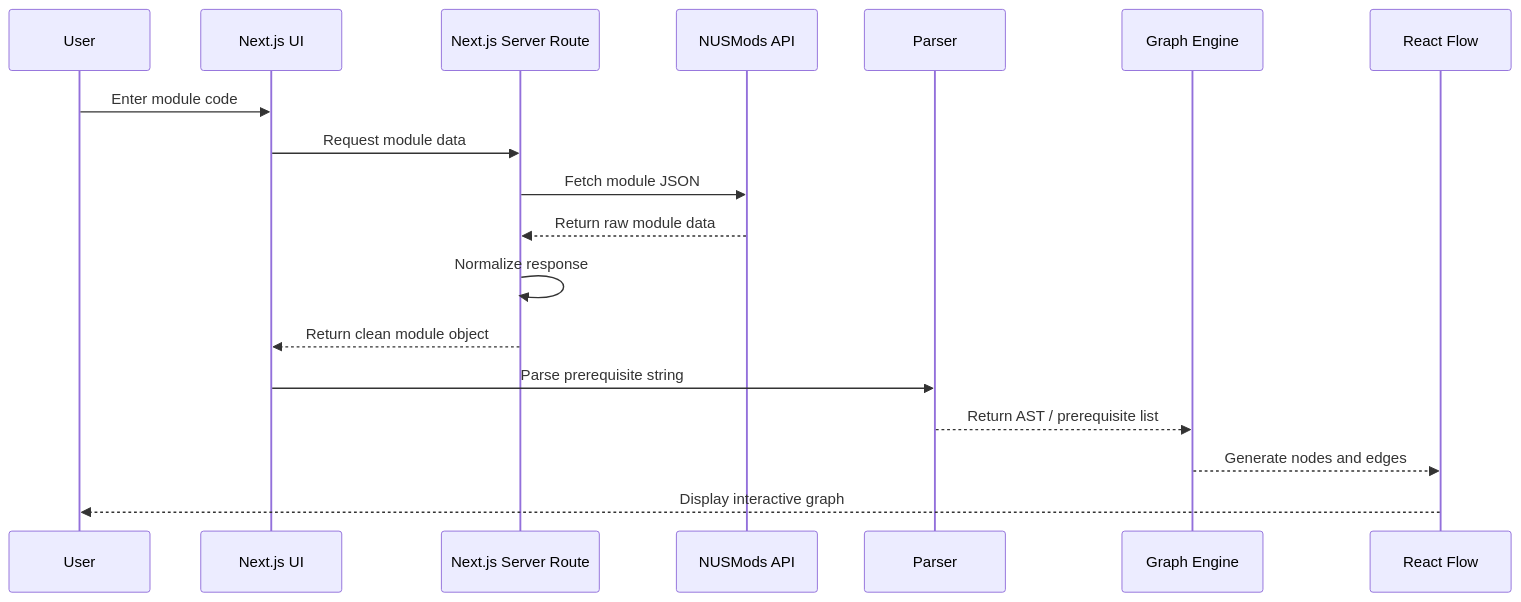
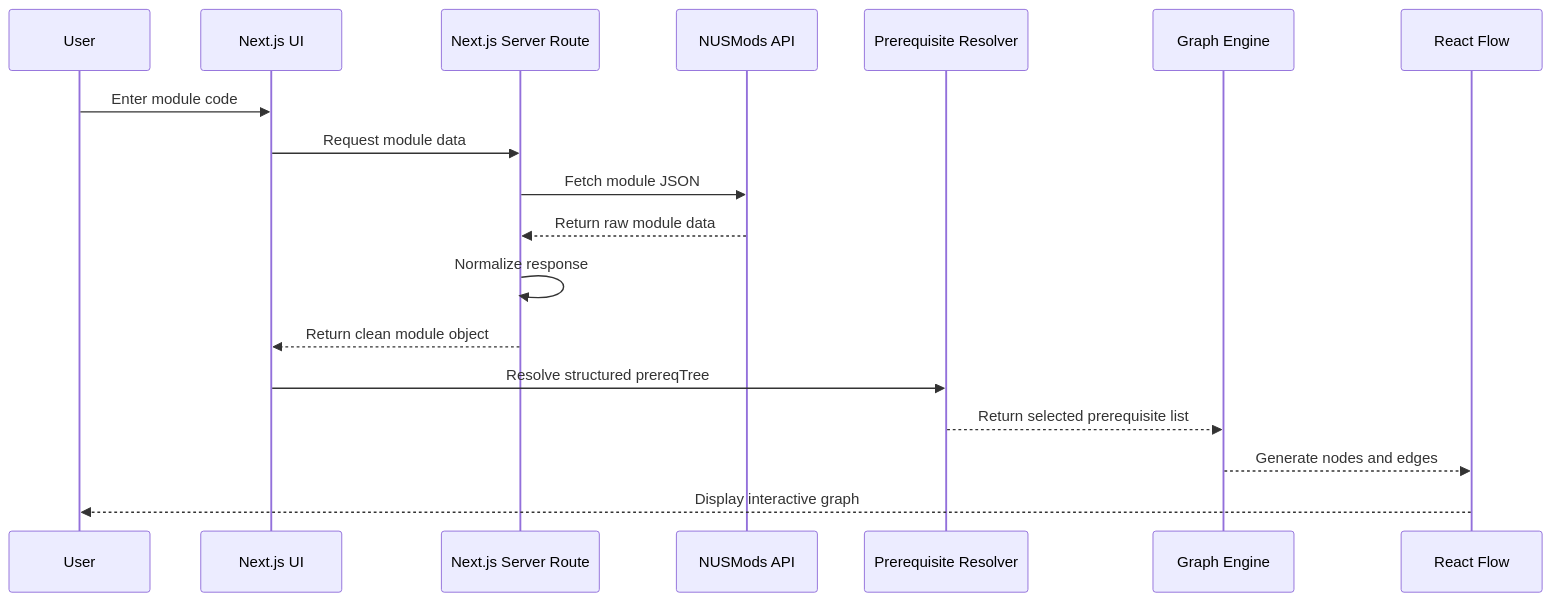
Before and after one commit to arav31/NUS-Tree: the ninth of 14 diagrams in README.md, drawn with Mermaid. The commit also changed other lines of this file and 3 other files, not shown here.

````diff
--- a/README.md
+++ b/README.md
@@ -838,21 +810,21 @@
 ```mermaid
 sequenceDiagram
     participant U as User
     participant UI as Next.js UI
     participant API as Next.js Server Route
     participant N as NUSMods API
-    participant P as Parser
+    participant P as Prerequisite Resolver
     participant G as Graph Engine
     participant R as React Flow
 
     U->>UI: Enter module code
     UI->>API: Request module data
     API->>N: Fetch module JSON
     N-->>API: Return raw module data
     API->>API: Normalize response
     API-->>UI: Return clean module object
-    UI->>P: Parse prerequisite string
-    P-->>G: Return AST / prerequisite list
+    UI->>P: Resolve structured prereqTree
+    P-->>G: Return selected prerequisite list
     G-->>R: Generate nodes and edges
     R-->>U: Display interactive graph
 ```
````
